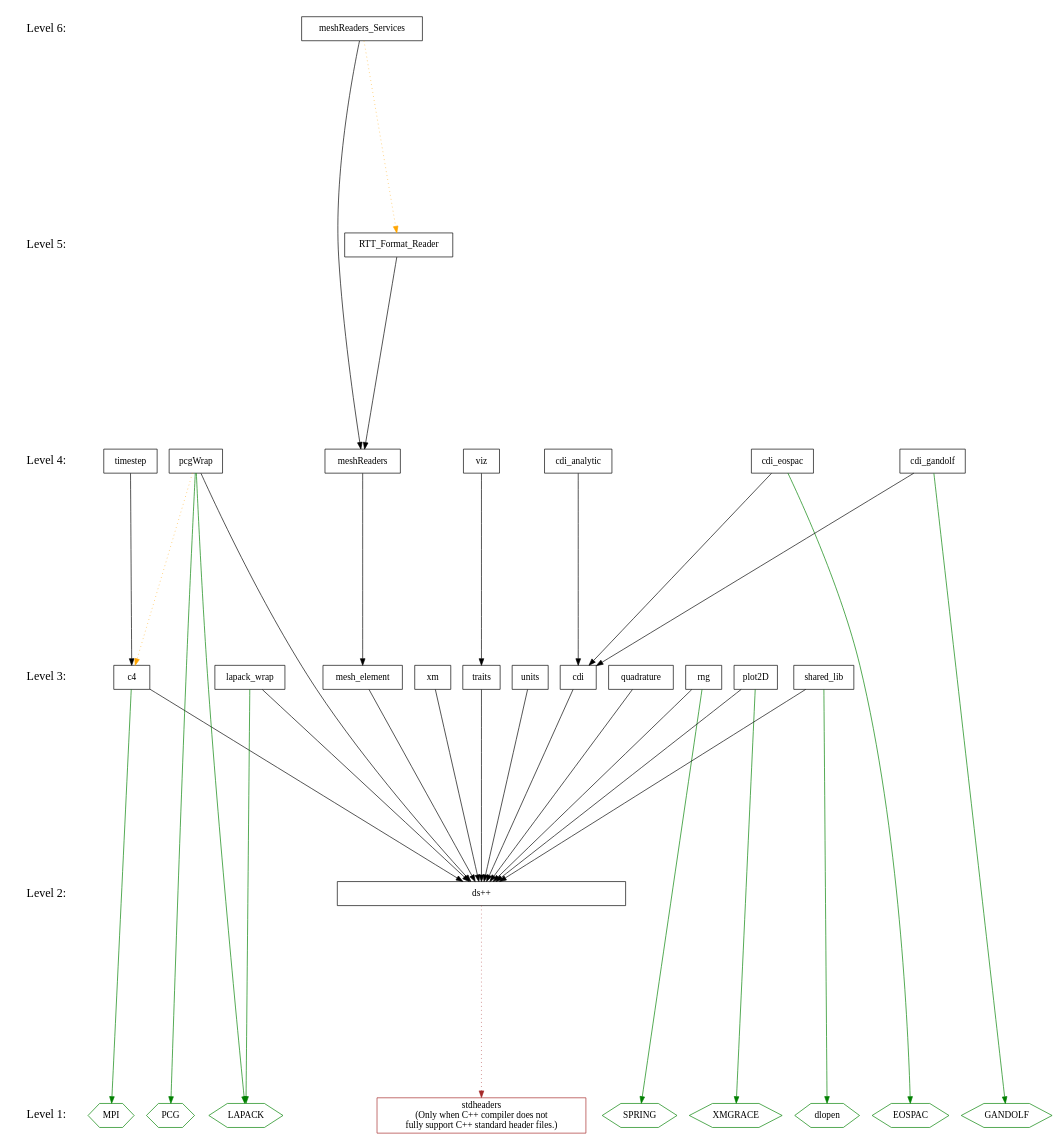
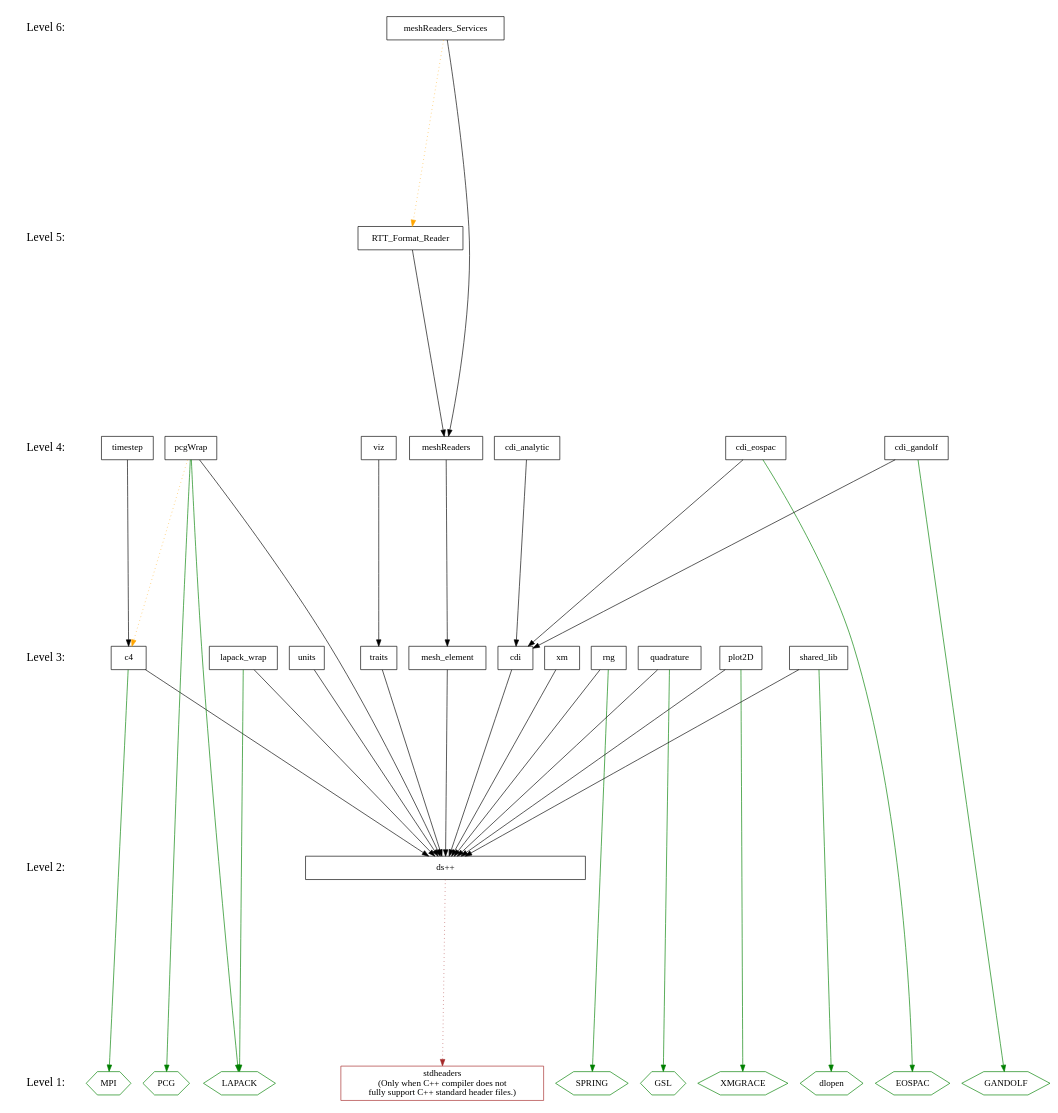
One commit to losalamos/Draco changed the diagram in doc/design/level.dot. Above: the diagram before and after it, drawn with Graphviz. The commit also changed 2 other files, not shown here.

Commit message:
o Updated package dependency graph to show quadrature's dependence on   GSL.
Tracker:
Status: Open[ ] Closed[ ] Pending[ ]

```diff
--- a/doc/design/level.dot
+++ b/doc/design/level.dot
@@ -1,117 +1,119 @@
 digraph draco_level {
     /* graph attributes */
     center=1;
     size="7.5,10";
     ranksep=4;
     
     /* levels */
     level1 [shape=plaintext, label="Level 1:", fontsize=18];
     level2 [shape=plaintext, label="Level 2:", fontsize=18];
     level3 [shape=plaintext, label="Level 3:", fontsize=18];
     level4 [shape=plaintext, label="Level 4:", fontsize=18];
     level5 [shape=plaintext, label="Level 5:", fontsize=18];
     level6 [shape=plaintext, label="Level 6:", fontsize=18];
     
     level6 -> level5 -> level4 -> level3 -> level2 -> level1 [style=invis];
     
     /* packages */
 
     /* level 1 */
     stdheaders [shape=box,     color=brown, label="stdheaders\n(Only when C++ compiler does not\nfully support C++ standard header files.)"];
     vmpi       [shape=hexagon, color=green, label="MPI"];
     vlapack    [shape=hexagon, color=green, label="LAPACK"];
     vpcg       [shape=hexagon, color=green, label="PCG"];
     vgandolf   [shape=hexagon, color=green, label="GANDOLF"];
     veospac    [shape=hexagon, color=green, label="EOSPAC"];
     vgrace     [shape=hexagon, color=green, label="XMGRACE"];
     vspring    [shape=hexagon, color=green, label="SPRING"];
     vdlopen    [shape=hexagon, color=green, label="dlopen"];
+    vgsl       [shape=hexagon, color=green, label="GSL"];
         
     /* level 2 */
     dsxx [shape=box, label="ds++", width=6];
     
     /* level 3 */
     traits [shape=box, label="traits"];
     xm [shape=box, label="xm"];
     c4 [shape=box, label="c4"];
     rng [shape=box, label="rng"];
     units [shape=box, label="units"];
     cdi [shape=box, label="cdi"];
     quad [shape=box, label="quadrature"];
     meshelement [shape=box, label="mesh_element"];
     plot [shape=box, label="plot2D"];
     lapack [shape=box, label="lapack_wrap"];
     shlib [shape=box, label="shared_lib"];
     
     /* level 4 */
     viz [shape=box, label="viz"];
     timestep [shape=box, label="timestep"];
     cdianal [shape=box, label="cdi_analytic"];
     cdieos [shape=box, label="cdi_eospac"];
     cdigan [shape=box, label="cdi_gandolf"];
     pcg [shape=box, label="pcgWrap"];
     meshread [shape=box, label="meshReaders"];
     
     /* level 5 */
     rttread     [shape=box, label="RTT_Format_Reader"];
     
     /* level 6 */
     meshservice [shape=box, label="meshReaders_Services"];
     
     /* dependencies */
-    {rank=same; level1 stdheaders vlapack vpcg vmpi veospac  vgandolf vgrace vspring vdlopen};
+    {rank=same; level1 stdheaders vlapack vpcg vmpi veospac  vgandolf vgrace vspring vdlopen vgsl};
     {rank=same; level2 dsxx};
     {rank=same; level3 shlib plot lapack traits xm c4 rng units cdi quad meshelement};
     {rank=same; level4 viz timestep cdianal cdieos cdigan pcg meshread};
     {rank=same; level5 rttread};
     {rank=same; level6 meshservice};
     
     /* draco packages */
 
     /* NOTE:  hidden dependencies are in comments at the end of each line.
      * For example if a package depends on c4 it implicitly depends on dsxx
      * as well.  The dependency on dsxx is not shown explicitly on the
      * graph. 
     
     /* level 2 */
     dsxx -> {stdheaders}   [color="brown" style=dotted];
     
     /* level 3 */
     xm          -> {dsxx};
     units       -> {dsxx};
     traits      -> {dsxx};
     c4          -> {dsxx};
     c4          -> {vmpi}    [color="green"];
     rng         -> {dsxx};
     rng         -> {vspring} [color="green"];
     cdi         -> {dsxx};
     meshelement -> {dsxx};
     quad        -> {dsxx};
+    quad        -> {vgsl}    [color="green"];
     plot        -> {dsxx};
     plot        -> {vgrace}  [color="green"];
     lapack      -> {dsxx};
     lapack      -> {vlapack} [color="green"];
     shlib       -> {dsxx};
     shlib       -> {vdlopen} [color="green"];
     
     /* level 4 */
     viz         -> {traits};      /* traits: dsxx */
     timestep    -> {c4};          /* c4      : dsxx */
     pcg         -> {dsxx};
     pcg         -> {vlapack vpcg} [color="green"];
     pcg         -> {c4}           [color="orange" style=dotted];
     cdianal     -> {cdi};         /* cdi     : dsxx */
     cdieos      -> {cdi};         /* cdi     : dsxx */
     cdieos      -> {veospac}      [color="green"]; 
     cdigan      -> {cdi};         /* cdi     : dsxx */
     cdigan      -> {vgandolf}     [color="green"];
     meshread    -> {meshelement};
 
     /* level 5 */
     rttread     -> {meshread};           /* meshread: dsxx */
 
     /* level 6 */
     meshservice -> {meshread};           /* meshread: dsxx */
     meshservice -> {rttread} [color="orange" style=dotted];
 
 }
```
